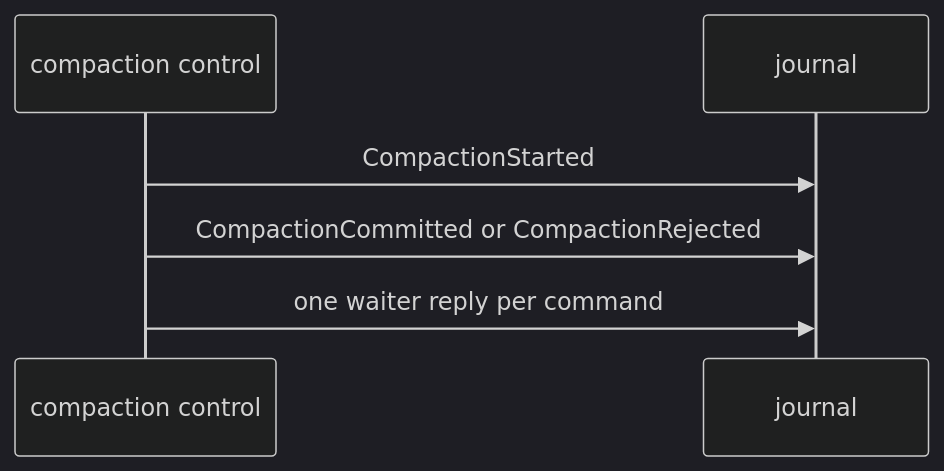
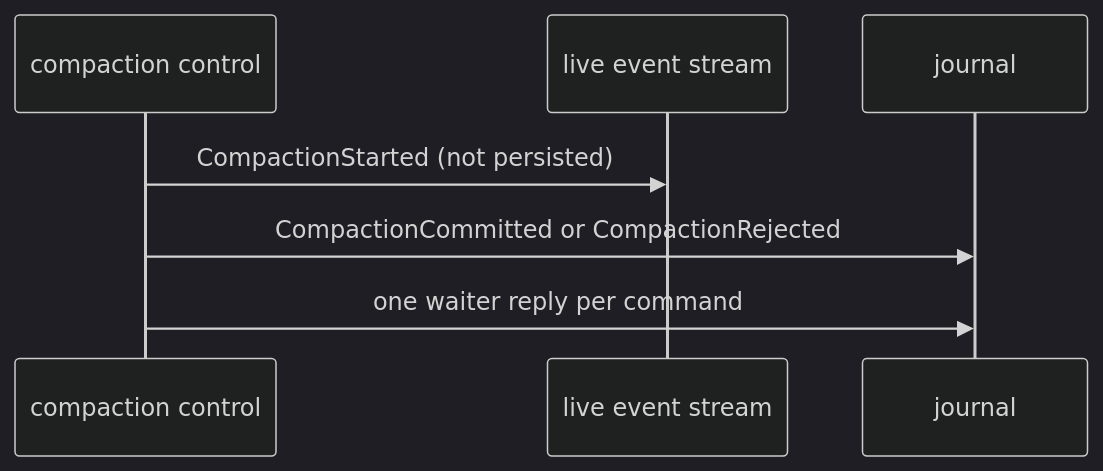
The diagram in docs/guides/harness/compaction/events-and-waiters.md (looprig/.github), drawn with Mermaid before and after one commit. The commit also changed other lines of this file and 412 other files, not shown here.

````diff
--- a/docs/guides/harness/compaction/events-and-waiters.md
+++ b/docs/guides/harness/compaction/events-and-waiters.md
@@ -109,9 +113,10 @@
 ```mermaid
 %%{init: {"theme":"dark"}}%%
 sequenceDiagram
     participant C as compaction control
+    participant E as live event stream
     participant J as journal
-    C->>J: CompactionStarted
+    C->>E: CompactionStarted (not persisted)
     C->>J: CompactionCommitted or CompactionRejected
     C->>J: one waiter reply per command
 ```
````
